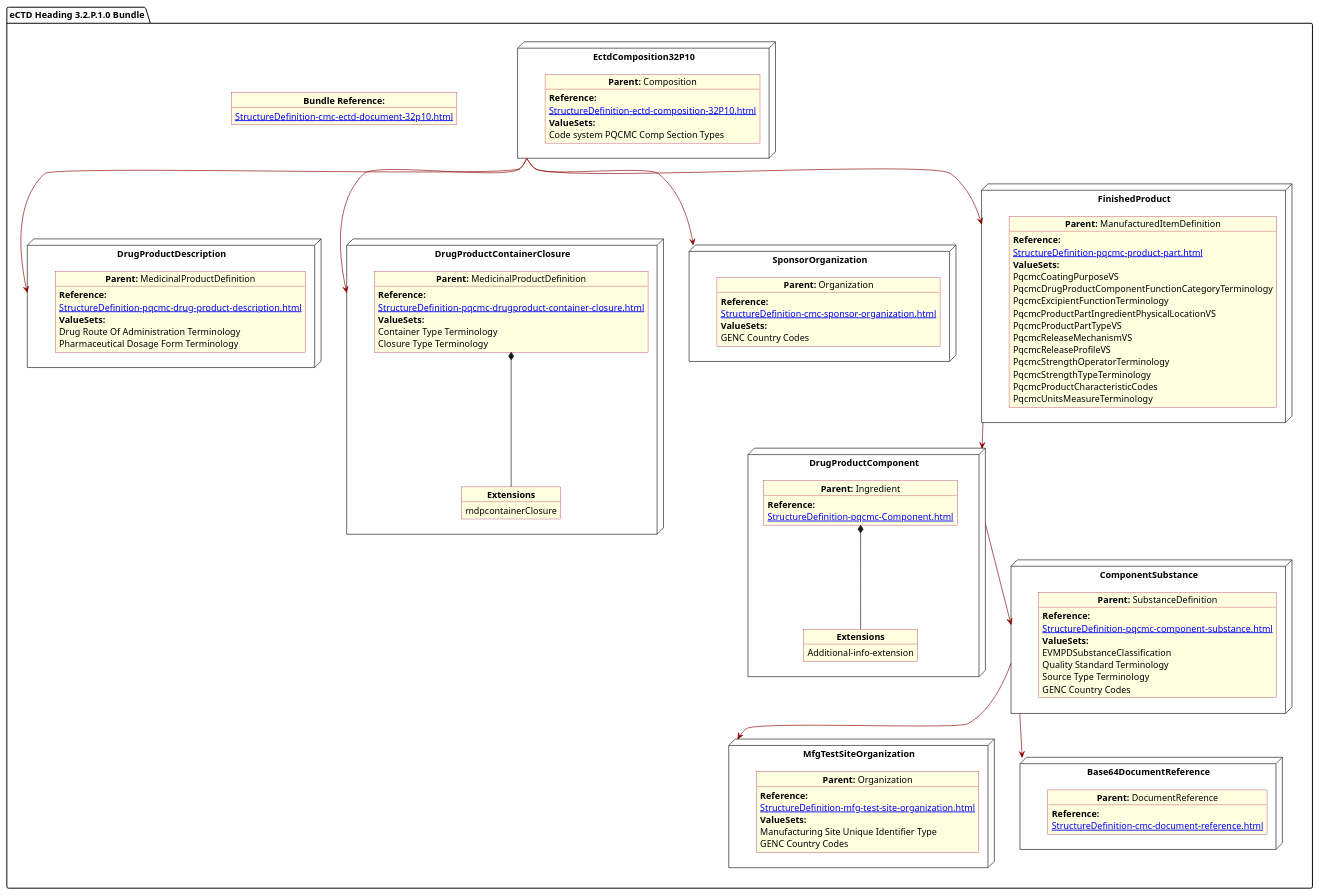
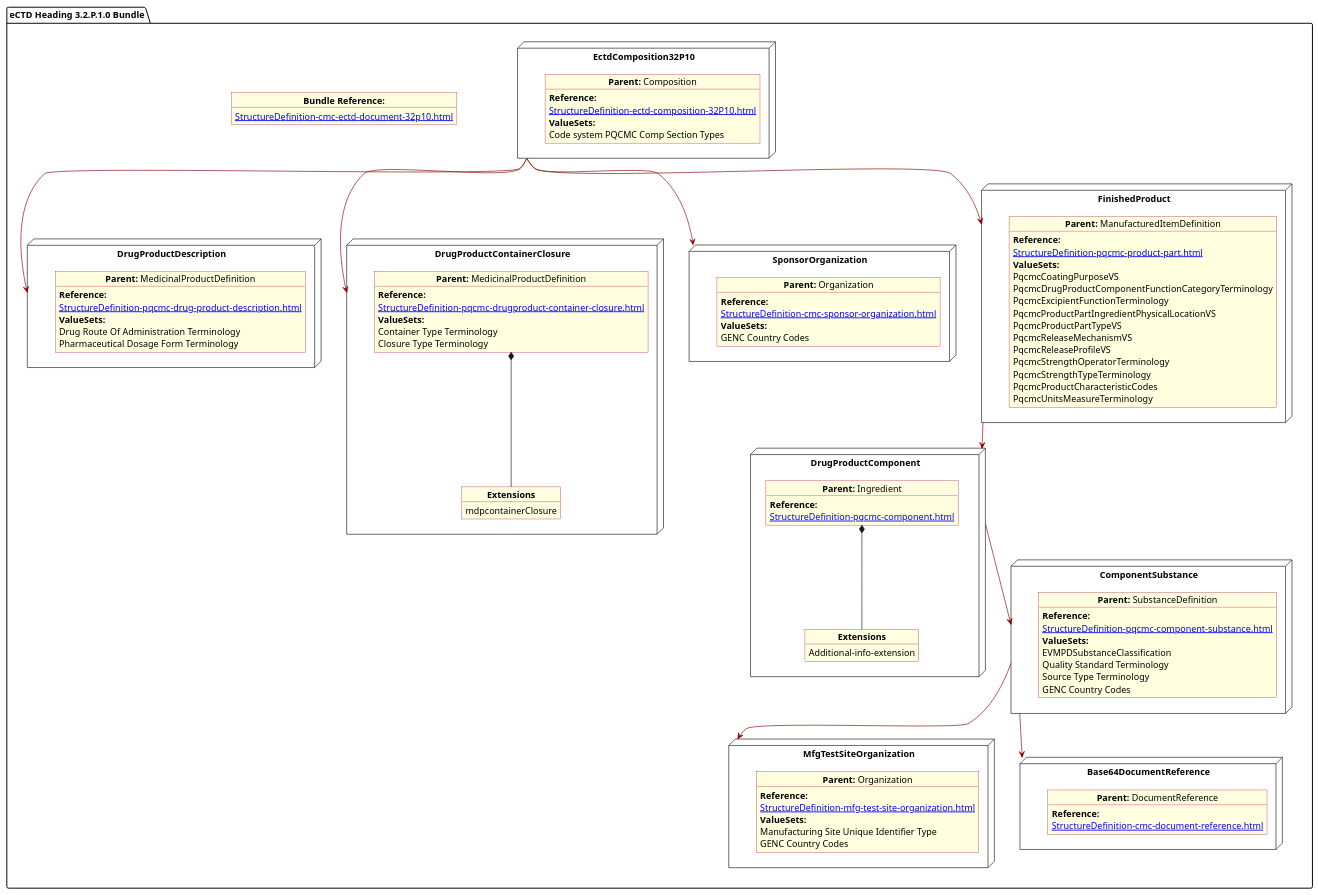
The diagram in input/images-source/ProdDesComp.plantuml (HL7/FHIR-us-pq-cmc-fda), drawn with PlantUML before and after one commit. The commit also changed 22 other files, not shown here.

```diff
--- a/input/images-source/ProdDesComp.plantuml
+++ b/input/images-source/ProdDesComp.plantuml
@@ -1,119 +1,119 @@
 @startuml ProdDesComp
 allowmixing
 'Mixed model of use case and object
 skinparam svgDimensionStyle false
 skinparam ObjectBackgroundColor LightYellow
 skinparam ObjectBorderColor #A80036
 skinparam activityDiamondBorderColor #A80036
 skinparam activityDiamondBackgroundColor lawnGreen
 skinparam ClassBorderThickness 4
 
 package "eCTD Heading 3.2.P.1.0 Bundle" as NODES {
 object "**Bundle Reference:**" as objbun {
               [[StructureDefinition-cmc-ectd-document-32p10.html]]
     }  
   node "DrugProductDescription" as N2 { 
       object "**Parent:** MedicinalProductDefinition" as obj2 {
          **Reference:**
       [[StructureDefinition-pqcmc-drug-product-description.html]]
         **ValueSets:**
         Drug Route Of Administration Terminology
         Pharmaceutical Dosage Form Terminology
     }
 }
   node "EctdComposition32P10" as N1 { 
       object "**Parent:** Composition" as obj1 {
          **Reference:**
       [[StructureDefinition-ectd-composition-32P10.html]]
       **ValueSets:**
   Code system PQCMC Comp Section Types
     }   
 }
 node "DrugProductContainerClosure" as N21 { 
       object "**Parent:** MedicinalProductDefinition" as obj22 {
         **Reference:**
       [[StructureDefinition-pqcmc-drugproduct-container-closure.html]]
         **ValueSets:**
         Container Type Terminology
         Closure Type Terminology
     }
     object "**Extensions**" as objEx {
         mdpcontainerClosure
     }
     obj22 *-- objEx
 }
 
 node "SponsorOrganization" as NSO { 
       object "**Parent:** Organization" as objAu {
          **Reference:**
       [[StructureDefinition-cmc-sponsor-organization.html]]
         **ValueSets:**
         GENC Country Codes
     }
 }
 node "FinishedProduct"as MID {
 object "**Parent:** ManufacturedItemDefinition" as objMID { 
          **Reference:**
       [[StructureDefinition-pqcmc-product-part.html]]
       **ValueSets:**
       PqcmcCoatingPurposeVS
       PqcmcDrugProductComponentFunctionCategoryTerminology
       PqcmcExcipientFunctionTerminology
       PqcmcProductPartIngredientPhysicalLocationVS
       PqcmcProductPartTypeVS
       PqcmcReleaseMechanismVS
       PqcmcReleaseProfileVS
       PqcmcStrengthOperatorTerminology
       PqcmcStrengthTypeTerminology
       PqcmcProductCharacteristicCodes
       PqcmcUnitsMeasureTerminology
       }
 }
 node "MfgTestSiteOrganization" as NMFG { 
       object "**Parent:** Organization" as objDP {
            **Reference:**
       [[StructureDefinition-mfg-test-site-organization.html]]
          **ValueSets:**
         Manufacturing Site Unique Identifier Type
 	    GENC Country Codes
     }
 }
 
 node "DrugProductComponent" as NN { 
       object "**Parent:** Ingredient" as obj3 {
            **Reference:**
-      [[StructureDefinition-pqcmc-Component.html]]
+      [[StructureDefinition-pqcmc-component.html]]
       }
       object "**Extensions**" as objExs {
         Additional-info-extension
     }
     obj3 *-- objExs
 }
 
 node "ComponentSubstance" as NCS { 
       object "**Parent:** SubstanceDefinition" as objSubDef {
            **Reference:**
       [[StructureDefinition-pqcmc-component-substance.html]]
         **ValueSets:**
         EVMPDSubstanceClassification
         Quality Standard Terminology
         Source Type Terminology
         GENC Country Codes
     }
 }
 node "Base64DocumentReference" as NB64 { 
       object "**Parent:** DocumentReference"  as obj64 {  
        **Reference:**
       [[StructureDefinition-cmc-document-reference.html]] 
     }   
 }
 
 N1 -[#darkred]-> N2
 N1 -[#darkred]-> MID
 N1 -[#darkred]-> NSO
 N1 -[#darkred]-> N21
 MID -[#darkred]-> NN
 NCS -[#darkred]-> NMFG
 NN -[#darkred]-> NCS
 NCS -[#darkred]-> NB64
 @enduml
```
